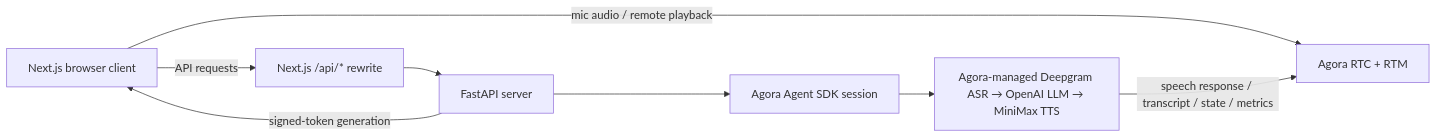
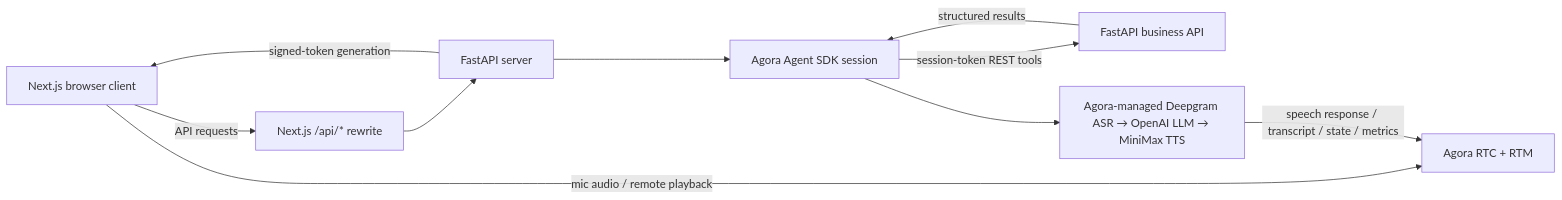
Before and after one commit to Mario-World/BoloRide: the diagram in bolo-ride-voice/ARCHITECTURE.md, drawn with Mermaid. The commit also changed other lines of this file and 21 other files, not shown here.

````diff
--- a/bolo-ride-voice/ARCHITECTURE.md
+++ b/bolo-ride-voice/ARCHITECTURE.md
@@ -9,17 +9,20 @@
 ```mermaid
 flowchart LR
   Browser["Next.js browser client"]
   RTC["Agora RTC + RTM"]
   Next["Next.js /api/* rewrite"]
   API["FastAPI server"]
   Agent["Agora Agent SDK session"]
+  Business["FastAPI business API"]
   Models["Agora-managed Deepgram ASR → OpenAI LLM → MiniMax TTS"]
 
   Browser -->|mic audio / remote playback| RTC
   Browser -->|API requests| Next
   Next --> API
   API -->|signed-token generation| Browser
   API --> Agent
+  Agent -->|session-token REST tools| Business
+  Business -->|structured results| Agent
   Agent --> Models
   Models -->|speech response / transcript / state / metrics| RTC
 ```
````
